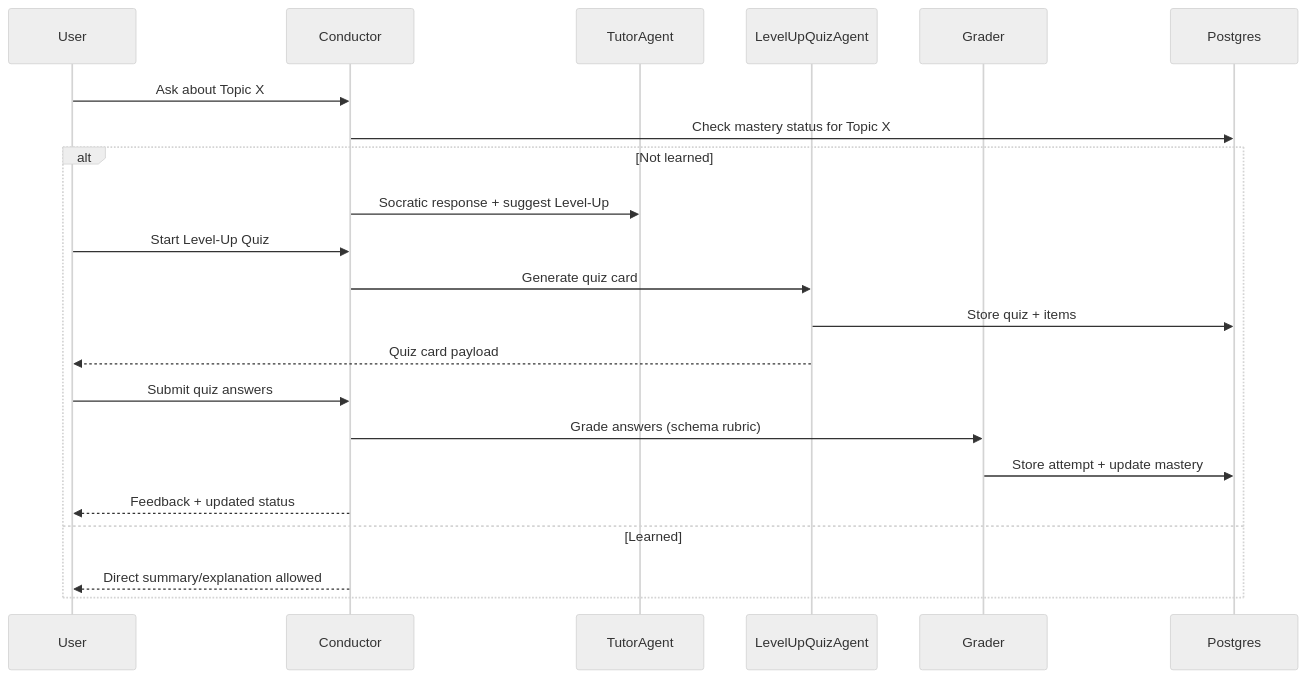
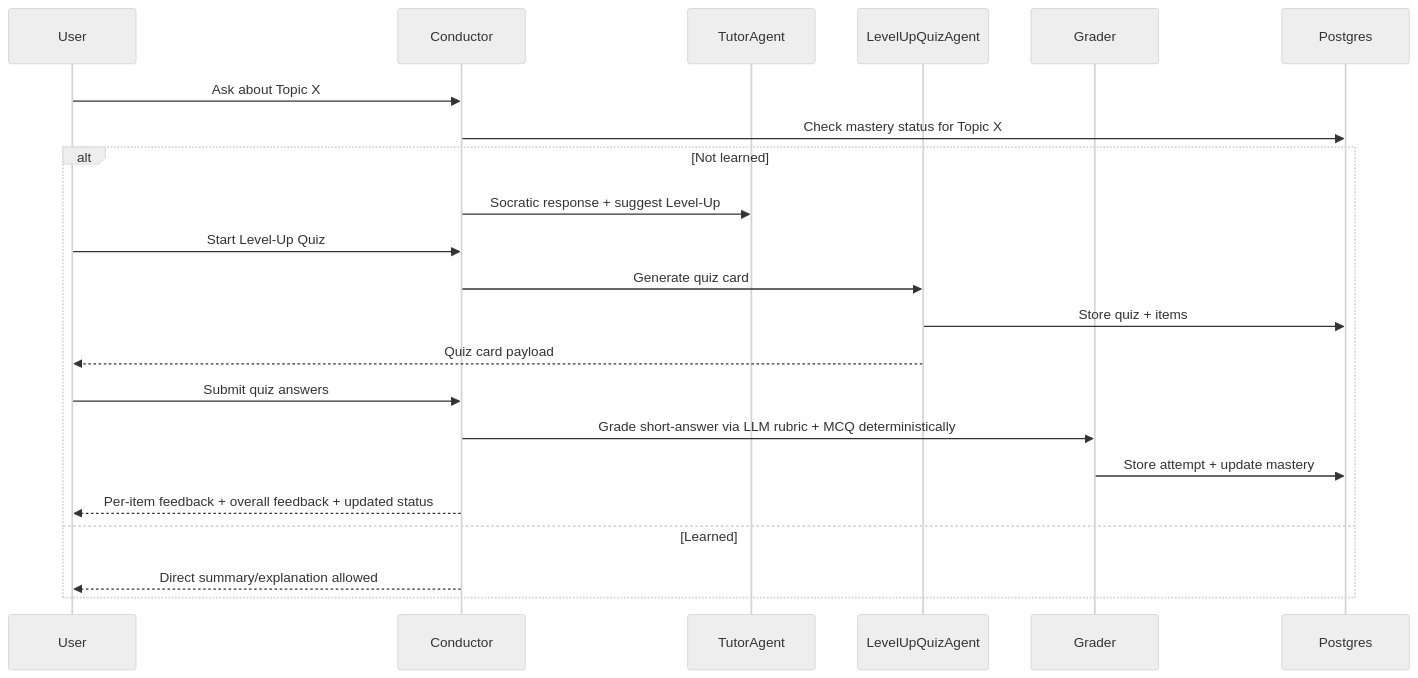
Before and after one commit to lcwlouis/Colearni: the fourth of 4 diagrams in docs/ARCHITECTURE.md, drawn with Mermaid (neutral theme). The commit also changed 3 other files, not shown here.

Commit message:
Add mixed quiz grading with MCQ explanations and overall feedback

````diff
--- a/docs/ARCHITECTURE.md
+++ b/docs/ARCHITECTURE.md
@@ -72,25 +72,25 @@
 ```mermaid
 sequenceDiagram
   participant U as User
   participant C as Conductor
   participant T as TutorAgent
   participant Q as LevelUpQuizAgent
   participant G as Grader
   participant DB as Postgres
 
   U->>C: Ask about Topic X
   C->>DB: Check mastery status for Topic X
   alt Not learned
     C->>T: Socratic response + suggest Level-Up
     U->>C: Start Level-Up Quiz
     C->>Q: Generate quiz card
     Q->>DB: Store quiz + items
     Q-->>U: Quiz card payload
     U->>C: Submit quiz answers
-    C->>G: Grade answers (schema rubric)
+    C->>G: Grade short-answer via LLM rubric + MCQ deterministically
     G->>DB: Store attempt + update mastery
-    C-->>U: Feedback + updated status
+    C-->>U: Per-item feedback + overall feedback + updated status
   else Learned
     C-->>U: Direct summary/explanation allowed
   end
 ```
````
